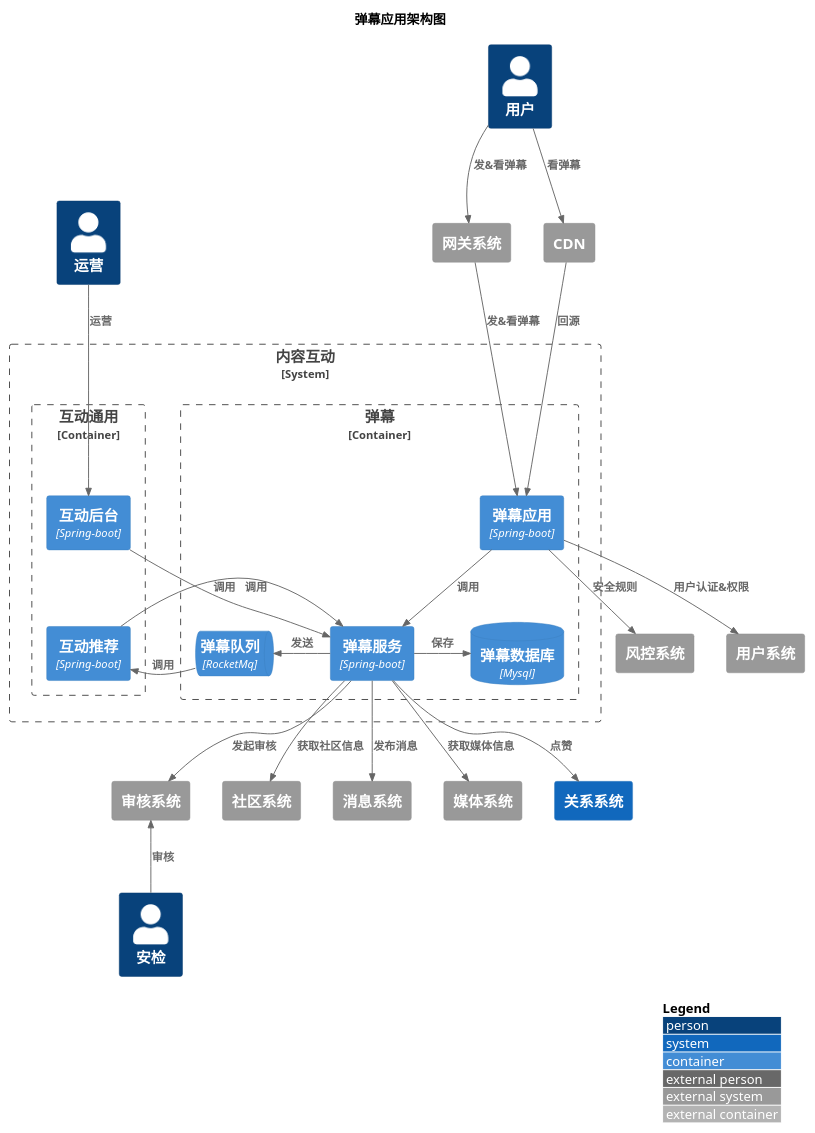
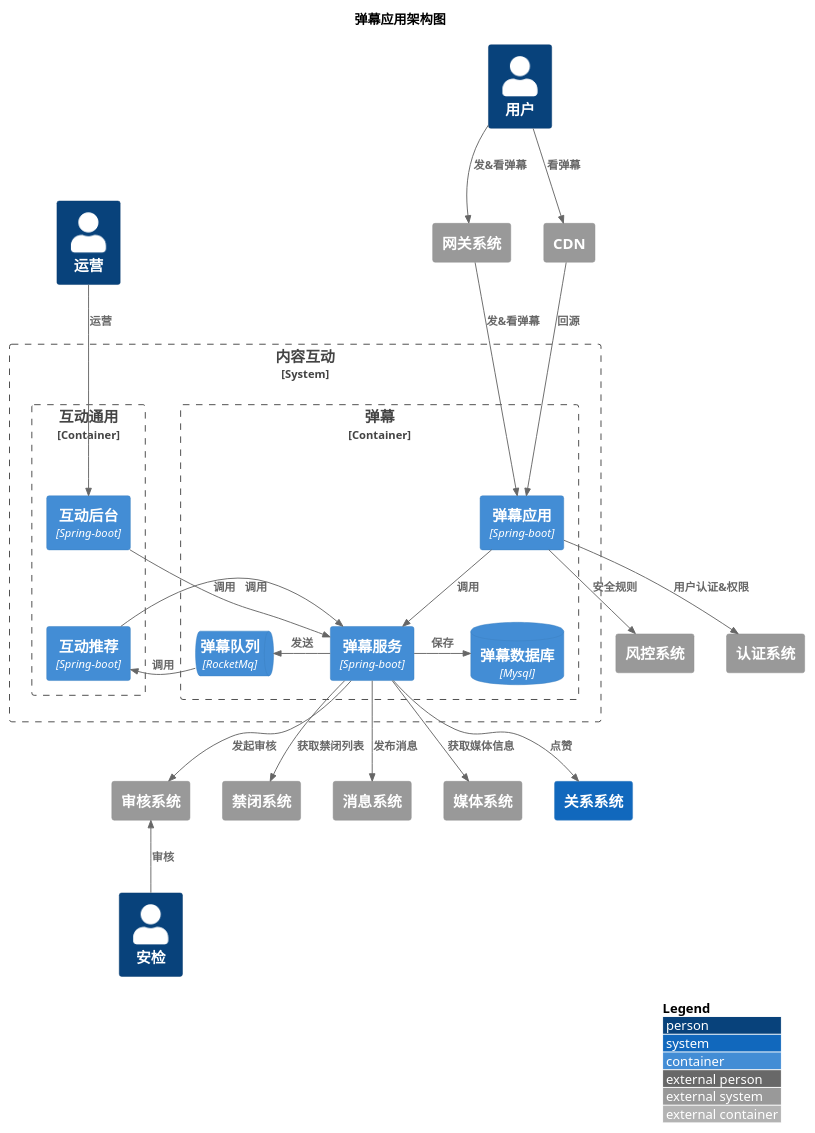
Before and after one commit to nxnnxn/community-doc: the diagram in puml/interact/content/barrage/container.puml, drawn with PlantUML. The commit also changed 9 other files, not shown here.

```diff
--- a/puml/interact/content/barrage/container.puml
+++ b/puml/interact/content/barrage/container.puml
@@ -1,65 +1,65 @@
 @startuml
 !include <C4/C4_Container>
 LAYOUT_WITH_LEGEND()
 
 title 弹幕应用架构图
 
 Person(user, "用户")
 Person(user1, "运营")
 Person(user2, "安检")
 
 System_Boundary(contentInteraction, "内容互动"){
     Container_Boundary(barrageBoundary, "弹幕") {
           Container(barrageFacade, "弹幕应用","Spring-boot")
           Container(barrageService, "弹幕服务","Spring-boot")
           ContainerDb(barrageDatabase, "弹幕数据库", "Mysql")
           ContainerQueue(barrageQueue, "弹幕队列", "RocketMq")
           Rel(barrageFacade, barrageService, "调用")
           Rel_R(barrageService, barrageDatabase, "保存")
           Rel_L(barrageService, barrageQueue, "发送")
     }
 
     Container_Boundary(InteractCommonBoundary, "互动通用"){
         Container(interactAdmin, "互动后台","Spring-boot")
         Container(interactRecService, "互动推荐","Spring-boot")
         Lay_D(interactAdmin,interactRecService)
     }
 
     Rel(interactAdmin, barrageService, "调用")
     Rel(interactRecService, barrageService, "调用")
     Rel(barrageQueue,interactRecService, "调用")
 }
 
 System_Ext(security,"风控系统")
-System_Ext(userSystem,"用户系统")
-System_Ext(community, "社区系统")
+System_Ext(userSystem,"认证系统")
+System_Ext(forbidden, "禁闭系统")
 System_Ext(audit, "审核系统")
 System_Ext(message, "消息系统")
 System_Ext(video, "媒体系统")
 System_Ext(gateway,"网关系统")
 System_Ext(CDN,"CDN")
 System(relation, "关系系统")
 
 
 Rel(user, gateway, "发&看弹幕")
 Rel(user, CDN, "看弹幕")
 Rel(gateway, barrageFacade, "发&看弹幕")
 Rel(CDN, barrageFacade, "回源")
 Rel(user1,interactAdmin, "运营")
 
 Rel(barrageFacade, security, "安全规则")
 Rel(barrageFacade, userSystem, "用户认证&权限")
-Rel(barrageService, community, "获取社区信息")
+Rel(barrageService, forbidden, "获取禁闭列表")
 Rel(barrageService, message, "发布消息")
 Rel(barrageService, audit, "发起审核")
 Rel(barrageService, video, "获取媒体信息")
 Rel(barrageService, relation, "点赞")
 Rel_U(user2, audit, "审核")
 
 
 
 
 
 
 
 @enduml
```
